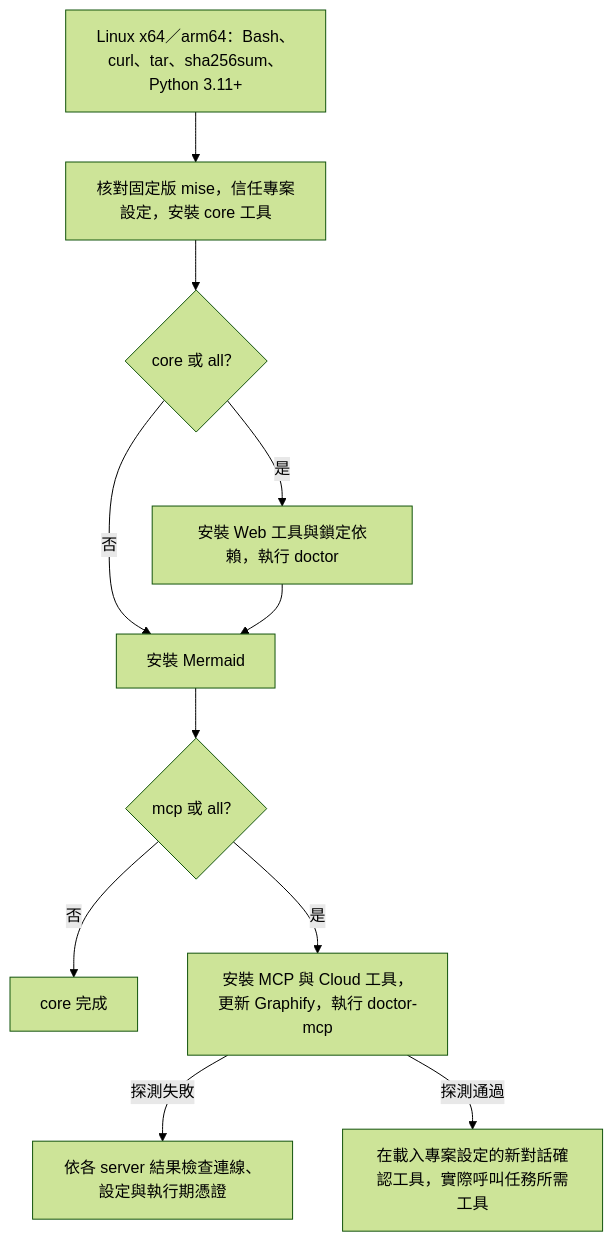
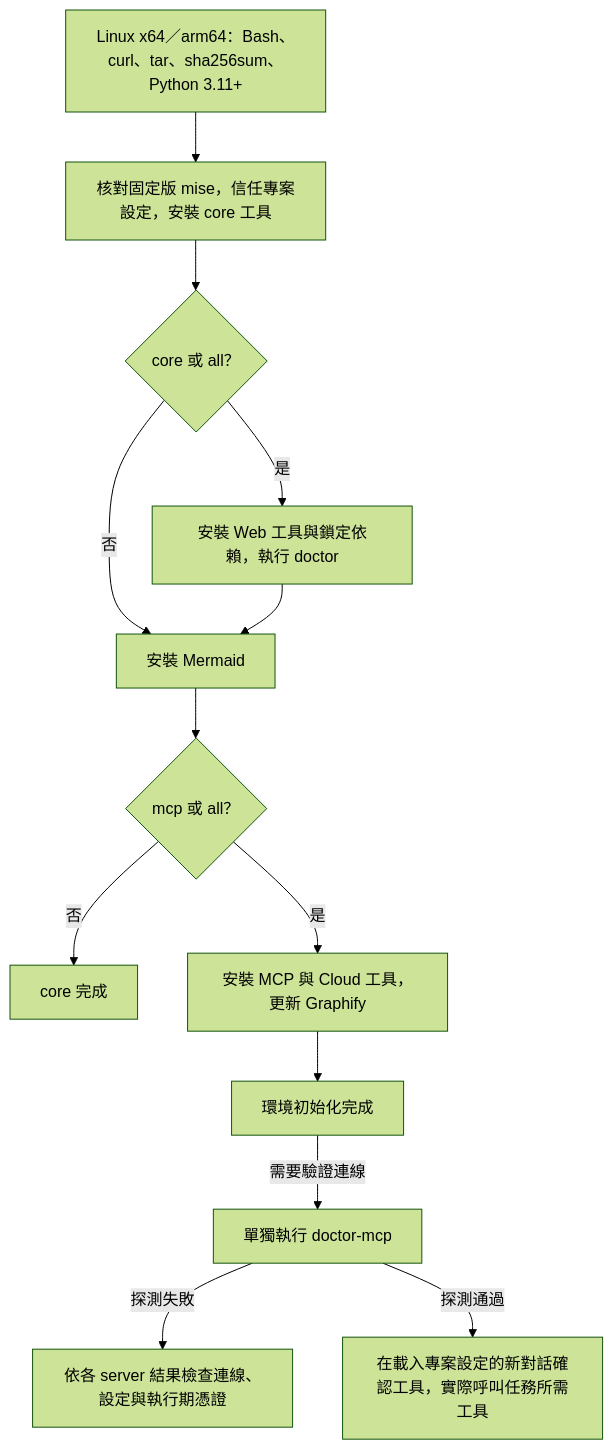
Before and after one commit to 963sup/line-mini-app-bot: the first of 2 diagrams in docs/development/environment/setup.md, drawn with Mermaid (forest theme). The commit also changed other lines of this file and 7 other files, not shown here.

````diff
--- a/docs/development/environment/setup.md
+++ b/docs/development/environment/setup.md
@@ -13,13 +19,15 @@
 ```mermaid
 flowchart TD
   A["Linux x64／arm64：Bash、curl、tar、sha256sum、Python 3.11+"] --> B["核對固定版 mise，信任專案設定，安裝 core 工具"]
   B --> W{"core 或 all？"}
   W -->|是| D["安裝 Web 工具與鎖定依賴，執行 doctor"]
   W -->|否| M["安裝 Mermaid"]
   D --> M
   M --> C{"mcp 或 all？"}
   C -->|否| E["core 完成"]
-  C -->|是| G["安裝 MCP 與 Cloud 工具，更新 Graphify，執行 doctor-mcp"]
-  G -->|探測失敗| F["依各 server 結果檢查連線、設定與執行期憑證"]
-  G -->|探測通過| H["在載入專案設定的新對話確認工具，實際呼叫任務所需工具"]
+  C -->|是| G["安裝 MCP 與 Cloud 工具，更新 Graphify"]
+  G --> J["環境初始化完成"]
+  J -->|需要驗證連線| K["單獨執行 doctor-mcp"]
+  K -->|探測失敗| F["依各 server 結果檢查連線、設定與執行期憑證"]
+  K -->|探測通過| H["在載入專案設定的新對話確認工具，實際呼叫任務所需工具"]
 ```
````
